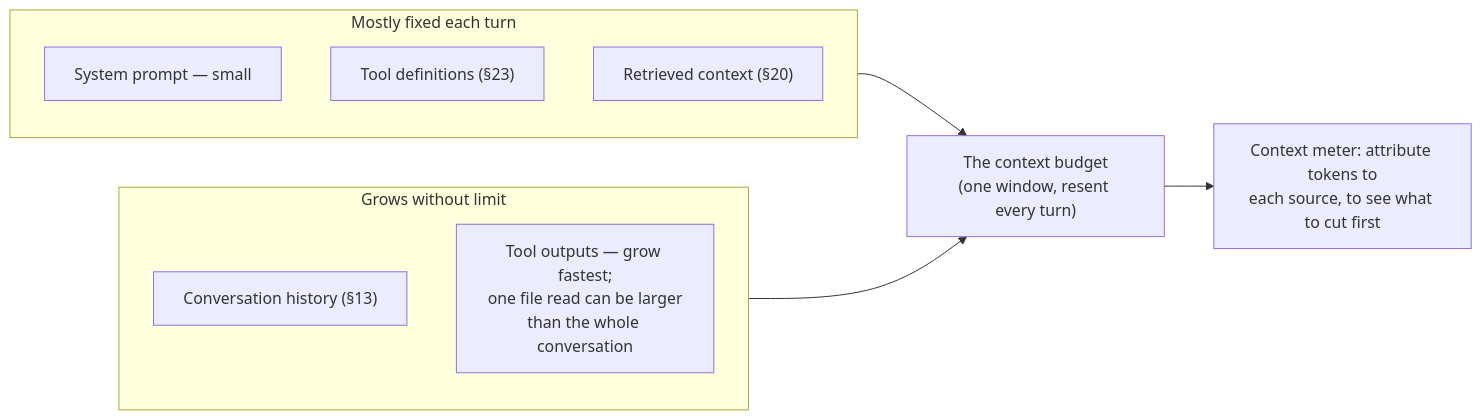
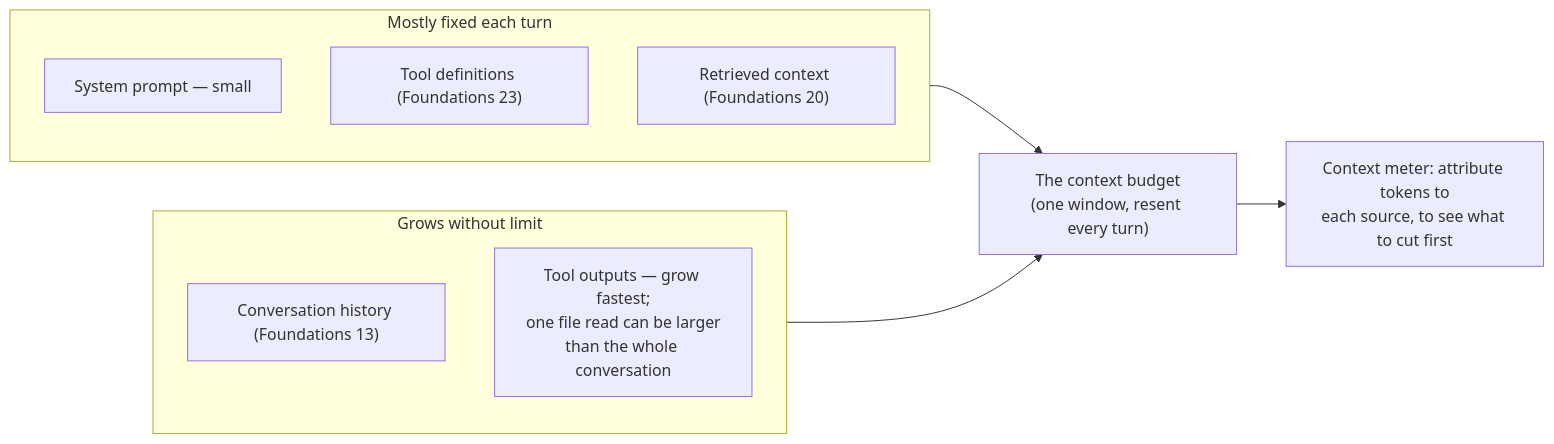
The diagram in context-compression/lessons/01-measuring-the-window.md (alextra-lab/llm-course), drawn with Mermaid before and after one commit. The commit also changed other lines of this file and 66 other files, not shown here.

````diff
--- a/context-compression/lessons/01-measuring-the-window.md
+++ b/context-compression/lessons/01-measuring-the-window.md
@@ -71,15 +71,15 @@
 ```mermaid
 flowchart LR
     subgraph FIXED["Mostly fixed each turn"]
         SP["System prompt — small"]
-        TD["Tool definitions (§23)"]
-        RC["Retrieved context (§20)"]
+        TD["Tool definitions (Foundations 23)"]
+        RC["Retrieved context (Foundations 20)"]
     end
     subgraph GROWS["Grows without limit"]
-        H["Conversation history (§13)"]
+        H["Conversation history (Foundations 13)"]
         TO["Tool outputs — grow fastest;<br/>one file read can be larger<br/>than the whole conversation"]
     end
     FIXED --> BUD["The context budget<br/>(one window, resent every turn)"]
     GROWS --> BUD
     BUD --> METER["Context meter: attribute tokens to<br/>each source, to see what to cut first"]
 ```
````
